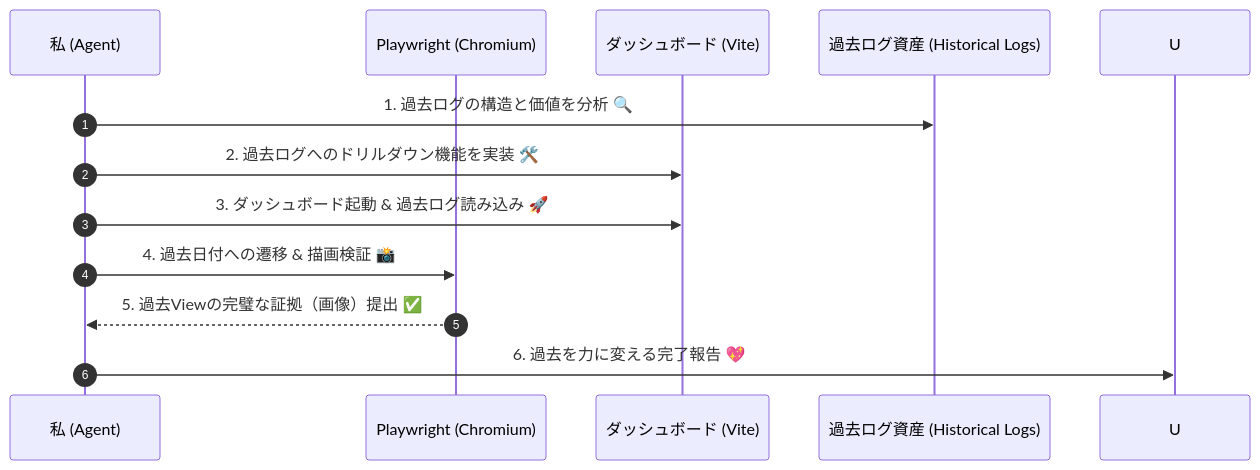
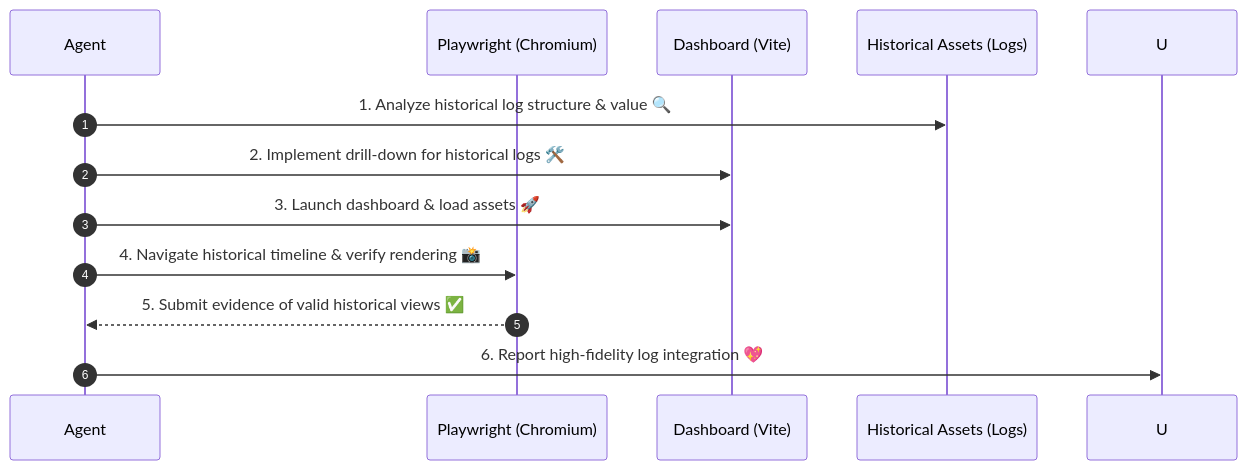
Before and after one commit to KAFKA2306/investor: the diagram in .agent/workflows/frontend-update.md, drawn with Mermaid. The commit also changed other lines of this file and 37 other files, not shown here.

````diff
--- a/.agent/workflows/frontend-update.md
+++ b/.agent/workflows/frontend-update.md
@@ -52,15 +52,15 @@
 ```mermaid
 sequenceDiagram
     autonumber
-    participant A as 私 (Agent)
+    participant A as Agent
     participant PW as Playwright (Chromium)
-    participant D as ダッシュボード (Vite)
-    participant L as 過去ログ資産 (Historical Logs)
+    participant D as Dashboard (Vite)
+    participant L as Historical Assets (Logs)
 
-    A->>L: 1. 過去ログの構造と価値を分析 🔍
-    A->>D: 2. 過去ログへのドリルダウン機能を実装 🛠️
-    A->>D: 3. ダッシュボード起動 & 過去ログ読み込み 🚀
-    A->>PW: 4. 過去日付への遷移 & 描画検証 📸
-    PW-->>A: 5. 過去Viewの完璧な証拠（画像）提出 ✅
-    A->>U: 6. 過去を力に変える完了報告 💖
+    A->>L: 1. Analyze historical log structure & value 🔍
+    A->>D: 2. Implement drill-down for historical logs 🛠️
+    A->>D: 3. Launch dashboard & load assets 🚀
+    A->>PW: 4. Navigate historical timeline & verify rendering 📸
+    PW-->>A: 5. Submit evidence of valid historical views ✅
+    A->>U: 6. Report high-fidelity log integration 💖
 ```
````
